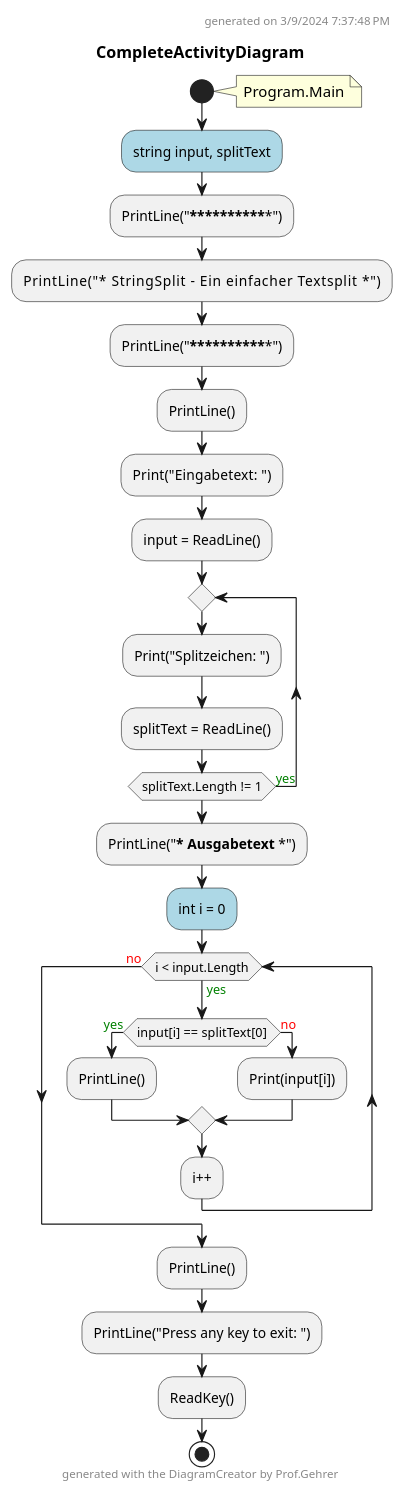
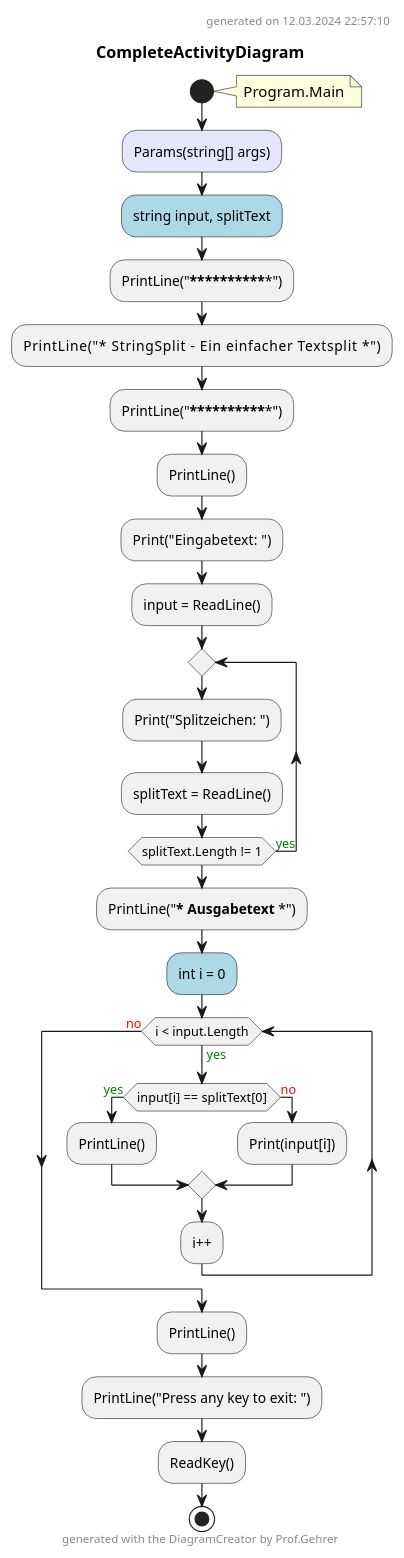
The diagram in StringSplit.ConApp/Diagrams/CompleteActivityDiagram.puml (leoggehrer/2324-34_ABIF_ACIF_POSE), drawn with PlantUML before and after one commit. The commit also changed 227 other files, not shown here.

Commit message:
Changed folder name from Diagrams to diagrams.

```diff
--- a/StringSplit.ConApp/Diagrams/CompleteActivityDiagram.puml
+++ b/StringSplit.ConApp/Diagrams/CompleteActivityDiagram.puml
@@ -1,36 +1,37 @@
 @startuml CompleteActivityDiagram
 header
-generated on 3/9/2024 7:37:48 PM
+generated on 12.03.2024 22:57:10
 end header
 title CompleteActivityDiagram
 start
 note right:  Program.Main
+#Lavender:Params(string[] args);
 #LightBlue:string input, splitText;
 :PrintLine("***************************************************");
 :PrintLine("* StringSplit - Ein einfacher Textsplit           *");
 :PrintLine("***************************************************");
 :PrintLine();
 :Print("Eingabetext:  ");
 :input = ReadLine();
 repeat
     :Print("Splitzeichen: ");
     :splitText = ReadLine();
 repeat while (splitText.Length != 1) is (<color:green>yes)
 :PrintLine("*** Ausgabetext ***");
 #LightBlue:int i = 0;
 while (i < input.Length) is (<color:green>yes)
     if (input[i] == splitText[0]) then (<color:green>yes)
         :PrintLine();
       else (<color:red>no)
           :Print(input[i]);
     endif
 :i++;
 endwhile (<color:red>no)
 :PrintLine();
 :PrintLine("Press any key to exit: ");
 :ReadKey();
 stop
 footer
 generated with the DiagramCreator by Prof.Gehrer
 end footer
 @enduml
```
